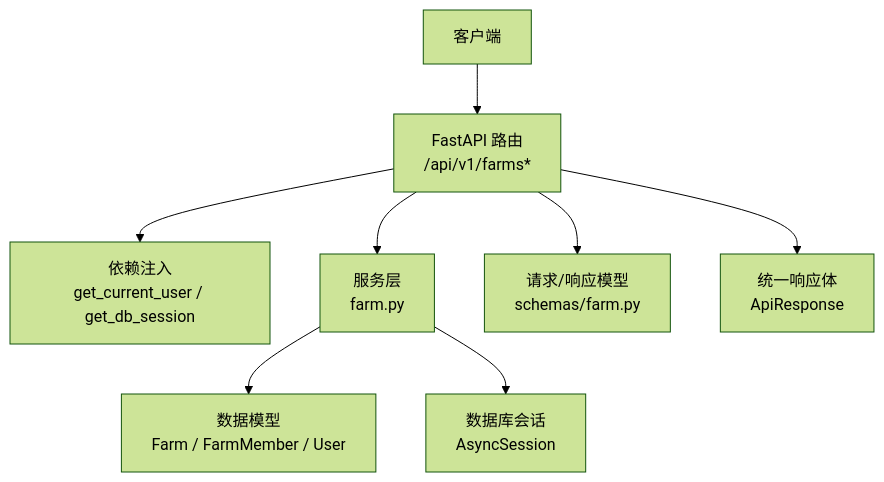
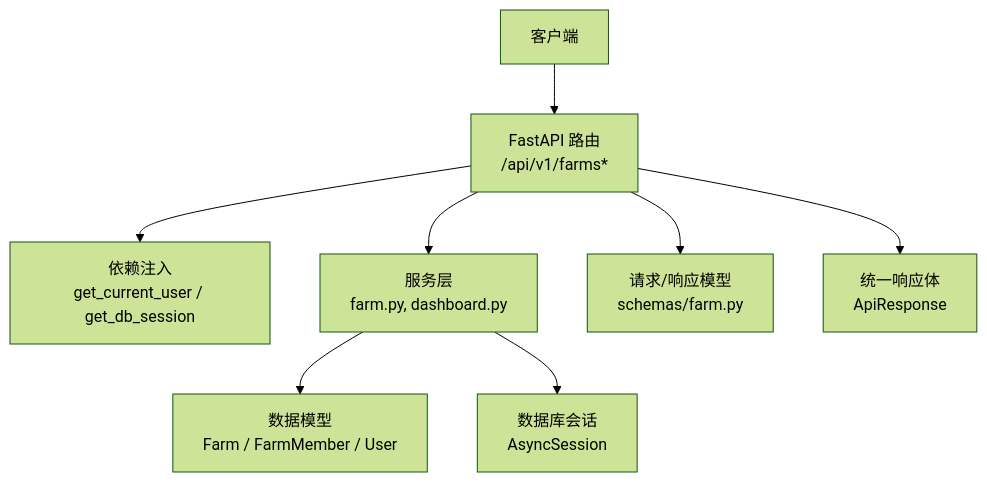
Before and after one commit to wungjyan/pocket-farm: the first of 4 diagrams in .qoder/repowiki/zh/content/后端 API 文档/农场管理接口.md, drawn with Mermaid (forest theme). The commit also changed other lines of this file and 198 other files, not shown here.

````diff
--- a/.qoder/repowiki/zh/content/后端 API 文档/农场管理接口.md
+++ b/.qoder/repowiki/zh/content/后端 API 文档/农场管理接口.md
@@ -40,10 +48,10 @@
 ```mermaid
 graph TB
 Client["客户端"] --> API["FastAPI 路由<br/>/api/v1/farms*"]
 API --> Deps["依赖注入<br/>get_current_user / get_db_session"]
-API --> Service["服务层<br/>farm.py"]
+API --> Service["服务层<br/>farm.py, dashboard.py"]
 Service --> Models["数据模型<br/>Farm / FarmMember / User"]
 Service --> DB["数据库会话<br/>AsyncSession"]
 API --> Schema["请求/响应模型<br/>schemas/farm.py"]
 API --> Resp["统一响应体<br/>ApiResponse"]
 ```
````
